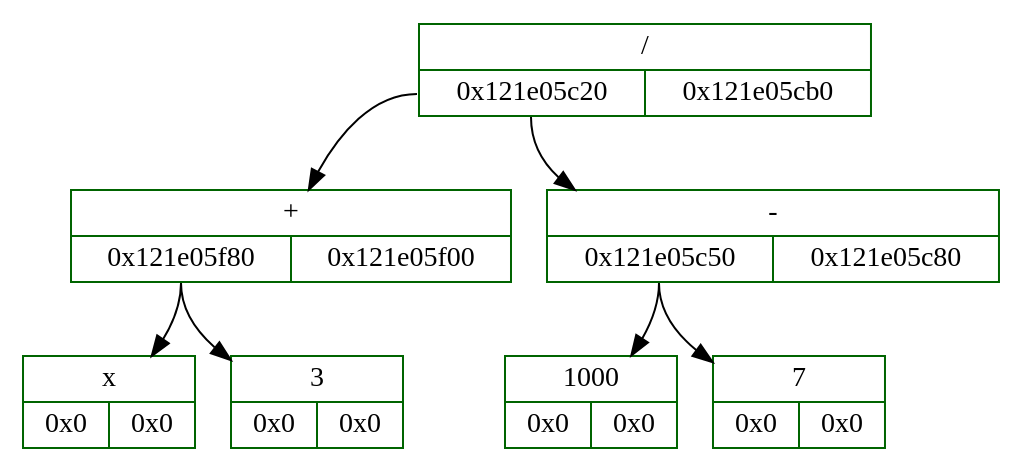
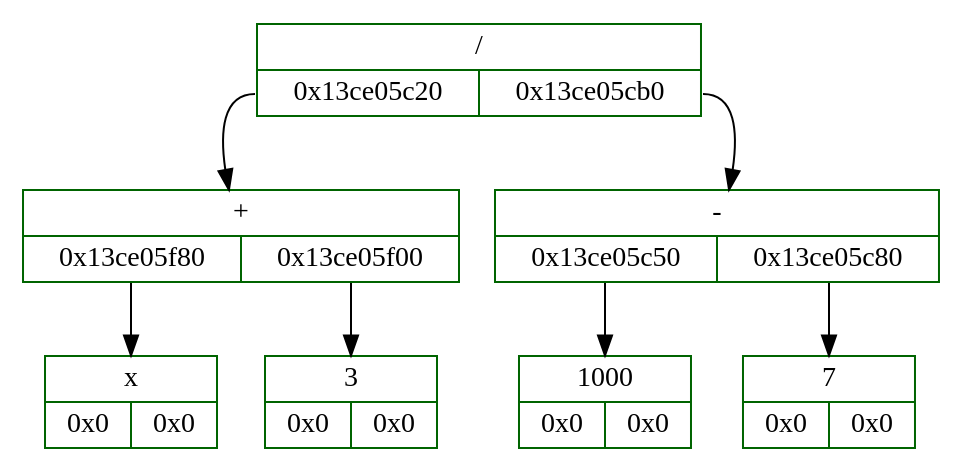
The diagram in log/dump.dot (whiterno/bin_exp_tree), drawn with Graphviz before and after one commit. The commit also changed 4 other files, not shown here.

```diff
--- a/log/dump.dot
+++ b/log/dump.dot
@@ -1,17 +1,17 @@
 digraph D{
 	rankdir = TB
 
-	node_4863319264 [color = "darkgreen", style = "filled", shape = "record", fillcolor = "white", label = "{ /  | {<fl4863319264> 0x121e05c20 | <fr4863319264> 0x121e05cb0}}"]
-	node_4863319264: <fl4863319264> -> node_4863319072 [color = "black", arrowhead = "normal", label = ""]
-	node_4863319072 [color = "darkgreen", style = "filled", shape = "record", fillcolor = "white", label = "{ +  | {<fl4863319072> 0x121e05f80 | <fr4863319072> 0x121e05f00}}"]
-	node_4863319072: <fl4863319072> -> node_4863319936 [color = "black", arrowhead = "normal", label = ""]
-	node_4863319936 [color = "darkgreen", style = "filled", shape = "record", fillcolor = "white", label = "{ x  | {<fl4863319936> 0x0 | <fr4863319936> 0x0}}"]
-	node_4863319072: <fl4863319072> -> node_4863319808 [color = "black", arrowhead = "normal", label = ""]
-	node_4863319808 [color = "darkgreen", style = "filled", shape = "record", fillcolor = "white", label = "{3  | {<fl4863319808> 0x0 | <fr4863319808> 0x0}}"]
-	node_4863319264: <fl4863319264> -> node_4863319216 [color = "black", arrowhead = "normal", label = ""]
-	node_4863319216 [color = "darkgreen", style = "filled", shape = "record", fillcolor = "white", label = "{ -  | {<fl4863319216> 0x121e05c50 | <fr4863319216> 0x121e05c80}}"]
-	node_4863319216: <fl4863319216> -> node_4863319120 [color = "black", arrowhead = "normal", label = ""]
-	node_4863319120 [color = "darkgreen", style = "filled", shape = "record", fillcolor = "white", label = "{1000  | {<fl4863319120> 0x0 | <fr4863319120> 0x0}}"]
-	node_4863319216: <fl4863319216> -> node_4863319168 [color = "black", arrowhead = "normal", label = ""]
-	node_4863319168 [color = "darkgreen", style = "filled", shape = "record", fillcolor = "white", label = "{7  | {<fl4863319168> 0x0 | <fr4863319168> 0x0}}"]
+	node_5316304096 [color = "darkgreen", style = "filled", shape = "record", fillcolor = "white", label = "{ /  | {<fl5316304096> 0x13ce05c20 | <fr5316304096> 0x13ce05cb0}}"]
+	node_5316304096: <fl5316304096> -> node_5316303904 [color = "black", arrowhead = "normal", label = ""]
+	node_5316303904 [color = "darkgreen", style = "filled", shape = "record", fillcolor = "white", label = "{ +  | {<fl5316303904> 0x13ce05f80 | <fr5316303904> 0x13ce05f00}}"]
+	node_5316303904: <fl5316303904> -> node_5316304768 [color = "black", arrowhead = "normal", label = ""]
+	node_5316304768 [color = "darkgreen", style = "filled", shape = "record", fillcolor = "white", label = "{x  | {<fl5316304768> 0x0 | <fr5316304768> 0x0}}"]
+	node_5316303904: <fr5316303904> -> node_5316304640 [color = "black", arrowhead = "normal", label = ""]
+	node_5316304640 [color = "darkgreen", style = "filled", shape = "record", fillcolor = "white", label = "{3  | {<fl5316304640> 0x0 | <fr5316304640> 0x0}}"]
+	node_5316304096: <fr5316304096> -> node_5316304048 [color = "black", arrowhead = "normal", label = ""]
+	node_5316304048 [color = "darkgreen", style = "filled", shape = "record", fillcolor = "white", label = "{ -  | {<fl5316304048> 0x13ce05c50 | <fr5316304048> 0x13ce05c80}}"]
+	node_5316304048: <fl5316304048> -> node_5316303952 [color = "black", arrowhead = "normal", label = ""]
+	node_5316303952 [color = "darkgreen", style = "filled", shape = "record", fillcolor = "white", label = "{1000  | {<fl5316303952> 0x0 | <fr5316303952> 0x0}}"]
+	node_5316304048: <fr5316304048> -> node_5316304000 [color = "black", arrowhead = "normal", label = ""]
+	node_5316304000 [color = "darkgreen", style = "filled", shape = "record", fillcolor = "white", label = "{7  | {<fl5316304000> 0x0 | <fr5316304000> 0x0}}"]
 }
```
